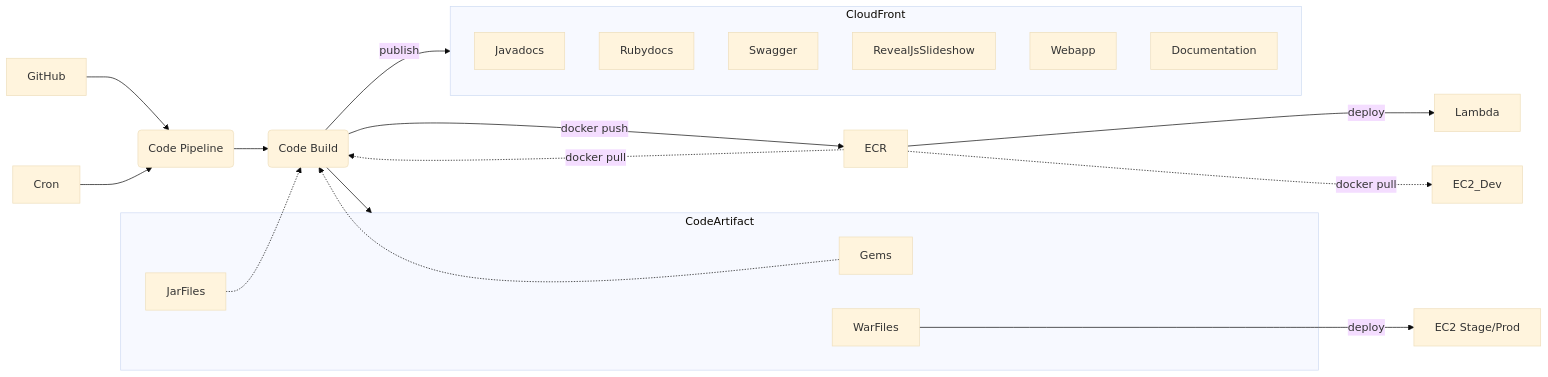
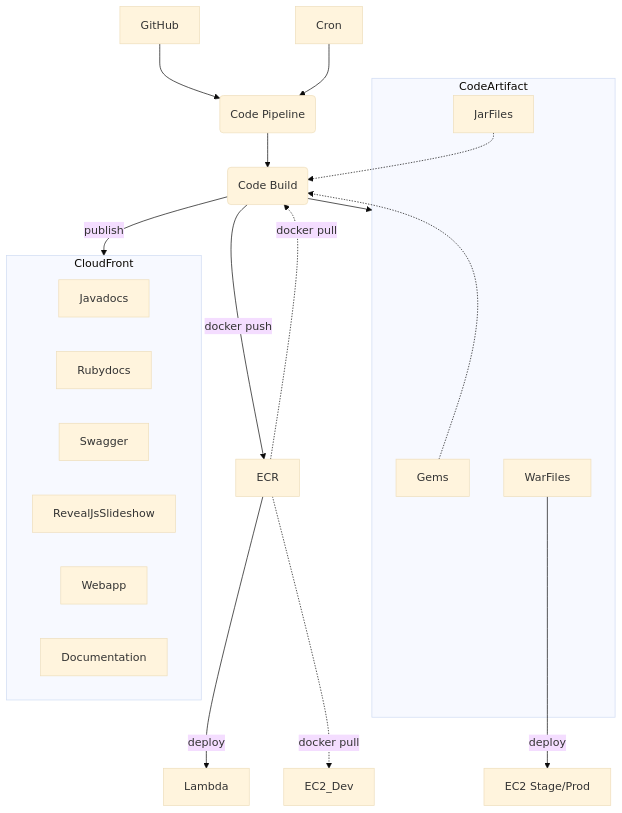
Before and after one commit to CDLUC3/mrt-doc: the first of 8 diagrams in design/aws-build/README.md, drawn with Mermaid (base theme). The commit also changed other lines of this file, not shown here.

````diff
--- a/design/aws-build/README.md
+++ b/design/aws-build/README.md
@@ -5,32 +5,32 @@
 ```mermaid
-graph LR
+graph TD
   GitHub --> Pipeline
   Cron --> Pipeline
   Pipeline(Code Pipeline)
   Pipeline --> Build
   Build(Code Build)
   Build --> CodeArtifact
   Build --> |publish| CloudFront
   Build --> |docker push| ECR
   ECR
   ECR --> |deploy| Lambda
   ECR -.-> |docker pull| EC2_Dev
   ECR -.-> |docker pull| Build
   subgraph CodeArtifact
     Gems
     JarFiles
     WarFiles
   end
   EC2[EC2 Stage/Prod]
   WarFiles --> |deploy| EC2
   Gems -.-> Build
   JarFiles -.-> Build
   subgraph CloudFront
     Javadocs
     Rubydocs
     Swagger
     RevealJsSlideshow
     Webapp
     Documentation
   end
 ```
````
